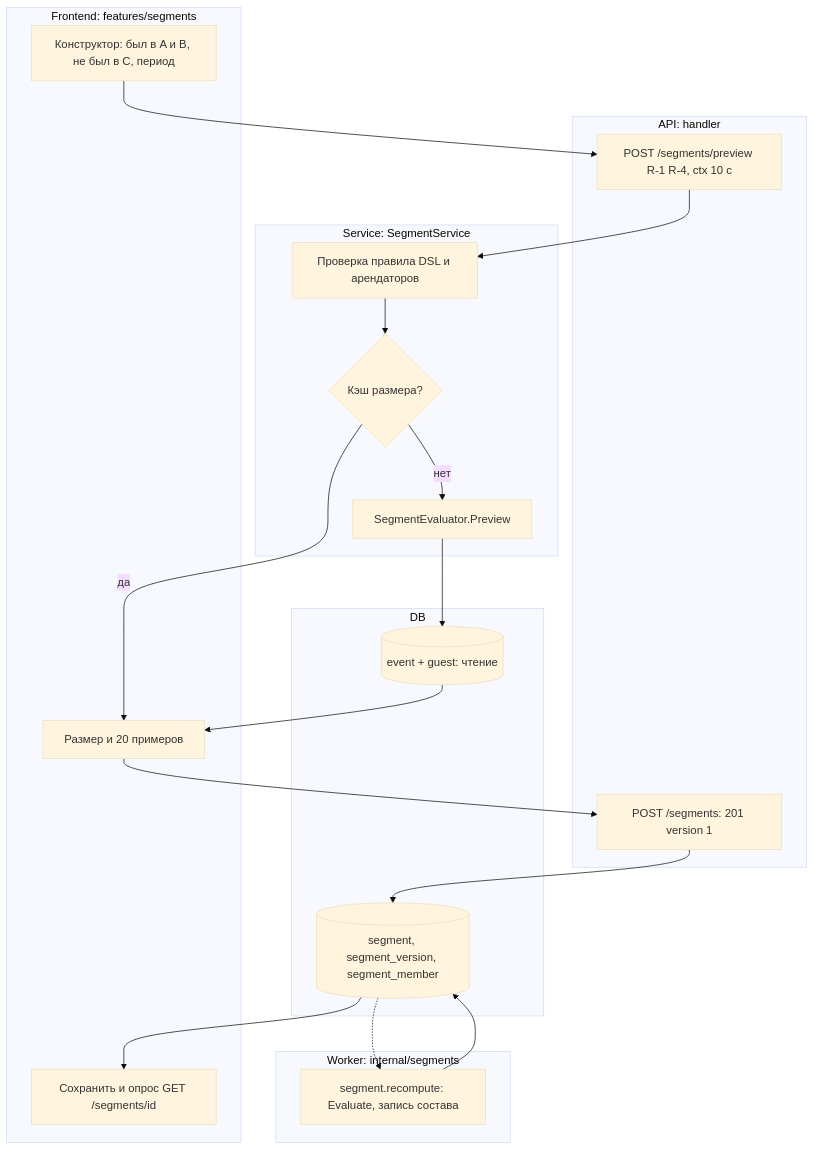
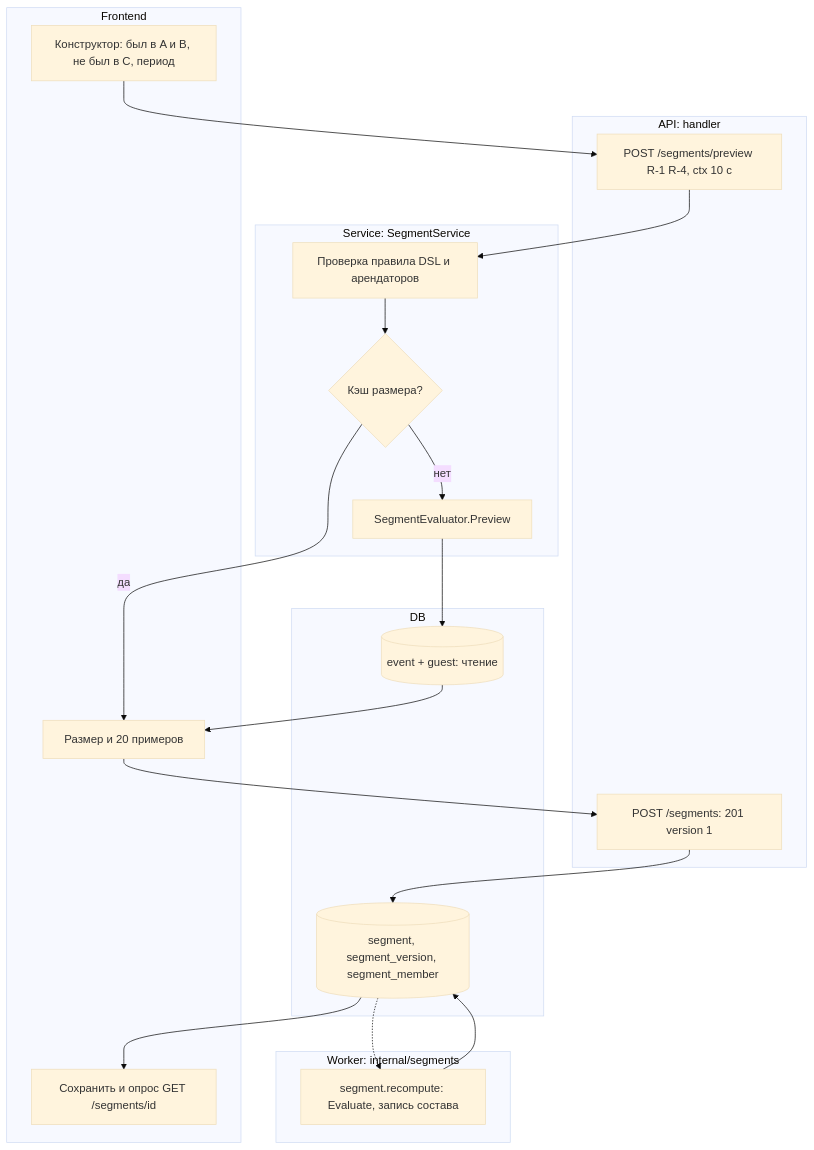
The fourth of 6 diagrams in docs/design/08-activity-diagrams.md (MangriMen/UCRP), drawn with Mermaid (base theme) before and after one commit. The commit also changed other lines of this file and 10 other files, not shown here.

````diff
--- a/docs/design/08-activity-diagrams.md
+++ b/docs/design/08-activity-diagrams.md
@@ -109,30 +109,30 @@
 ```mermaid
 flowchart TB
-  subgraph FE["Frontend: features/segments"]
+  subgraph FE["Frontend"]
     F1["Конструктор: был в A и B, не был в C, период"]
     F2["Размер и 20 примеров"]
     F3["Сохранить и опрос GET /segments/id"]
   end
   subgraph API["API: handler"]
     A1["POST /segments/preview R-1 R-4, ctx 10 с"]
     A2["POST /segments: 201 version 1"]
   end
   subgraph SVC["Service: SegmentService"]
     S1["Проверка правила DSL и арендаторов"]
     S2{"Кэш размера?"}
     S3["SegmentEvaluator.Preview"]
   end
   subgraph WK["Worker: internal/segments"]
     W1["segment.recompute: Evaluate, запись состава"]
   end
   subgraph DB["DB"]
     D1[("event + guest: чтение")]
     D2[("segment, segment_version, segment_member")]
   end
   F1 --> A1 --> S1 --> S2
   S2 -- да --> F2
   S2 -- нет --> S3 --> D1 --> F2
   F2 --> A2 --> D2
   D2 -.-> W1 --> D2
   D2 --> F3
 ```
````
